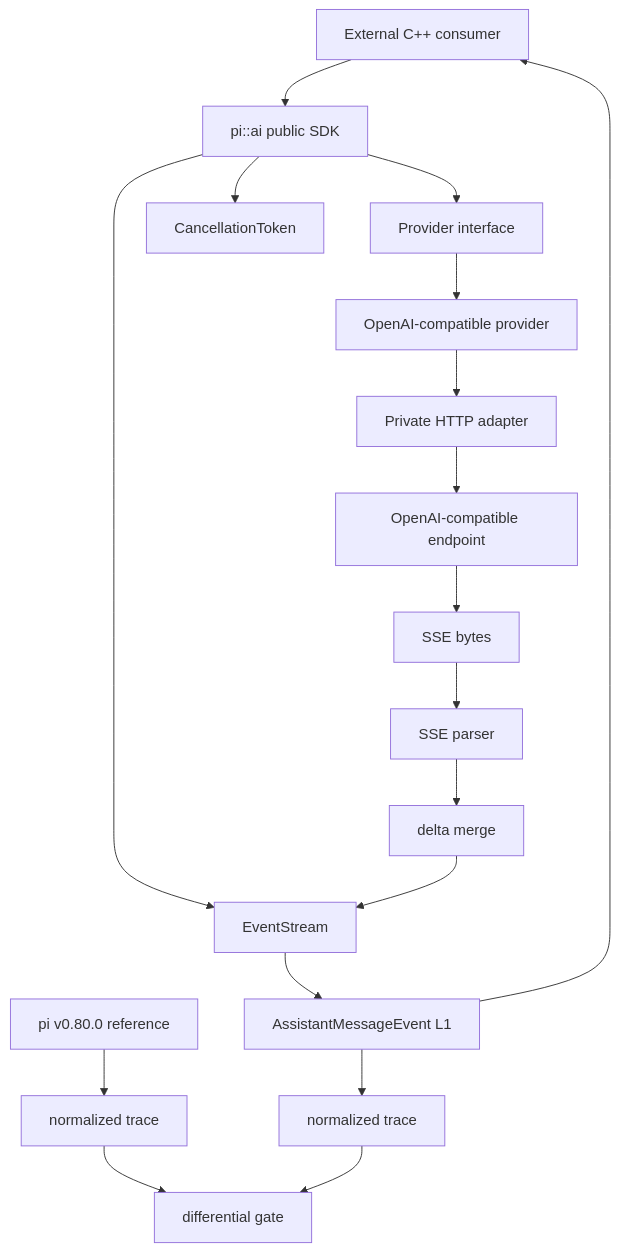
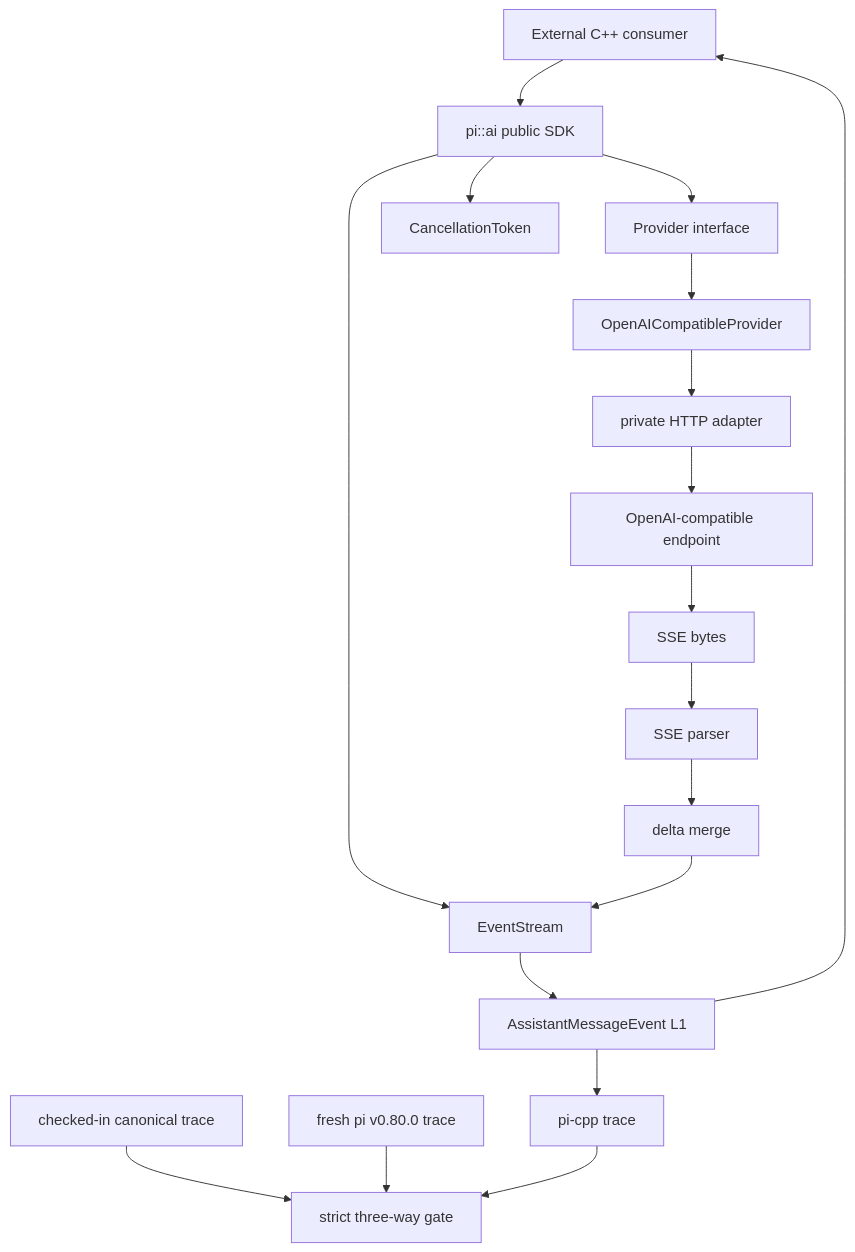
Before and after one commit to CPythoner/pi-cpp: the first of 3 diagrams in docs/design/v0.0.2.md, drawn with Mermaid. The commit also changed other lines of this file and 1 other file, not shown here.

````diff
--- a/docs/design/v0.0.2.md
+++ b/docs/design/v0.0.2.md
@@ -35,23 +35,23 @@
 ```mermaid
 flowchart TB
     APP["External C++ consumer"] --> API["pi::ai public SDK"]
     API --> PROVIDER["Provider interface"]
     API --> STREAM["EventStream"]
     API --> CANCEL["CancellationToken"]
 
-    PROVIDER --> OAI["OpenAI-compatible provider"]
-    OAI --> HTTP["Private HTTP adapter"]
+    PROVIDER --> OAI["OpenAICompatibleProvider"]
+    OAI --> HTTP["private HTTP adapter"]
     HTTP --> ENDPOINT["OpenAI-compatible endpoint"]
 
     ENDPOINT --> SSE["SSE bytes"]
     SSE --> PARSER["SSE parser"]
     PARSER --> MERGE["delta merge"]
     MERGE --> STREAM
     STREAM --> EVENTS["AssistantMessageEvent L1"]
     EVENTS --> APP
 
-    PI["pi v0.80.0 reference"] --> TRACE1["normalized trace"]
-    EVENTS --> TRACE2["normalized trace"]
-    TRACE1 --> DIFF["differential gate"]
-    TRACE2 --> DIFF
+    FIXTURE["checked-in canonical trace"] --> GATE["strict three-way gate"]
+    PI["fresh pi v0.80.0 trace"] --> GATE
+    EVENTS --> CPPTRACE["pi-cpp trace"]
+    CPPTRACE --> GATE
 ```
````
